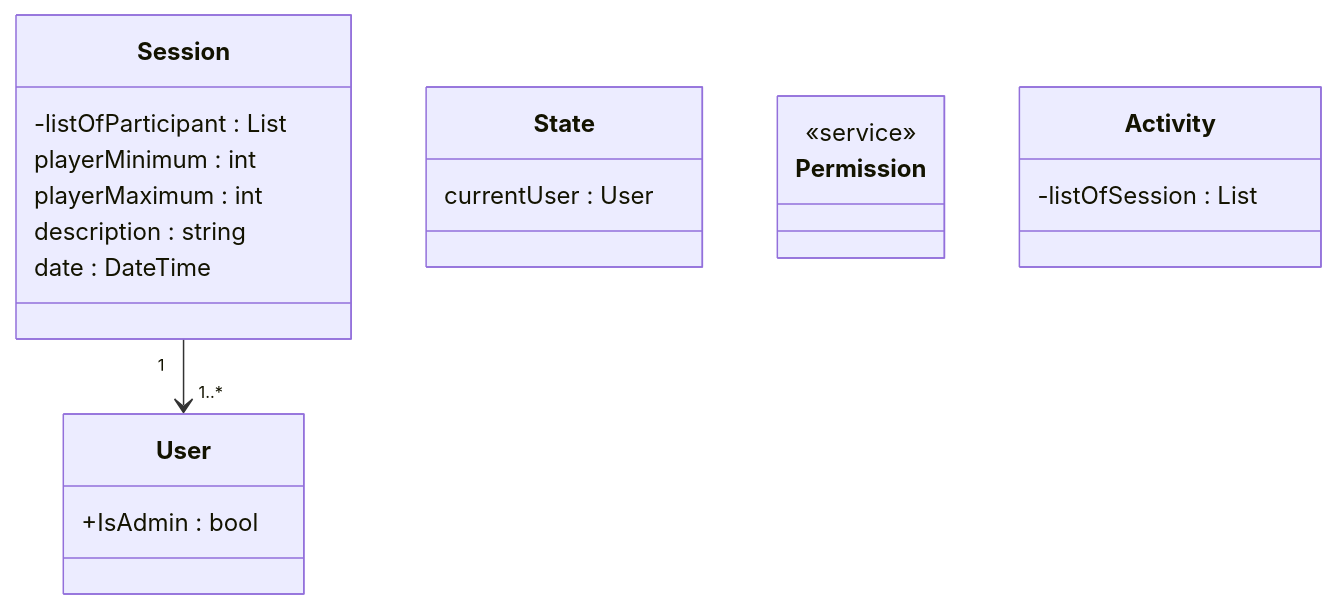
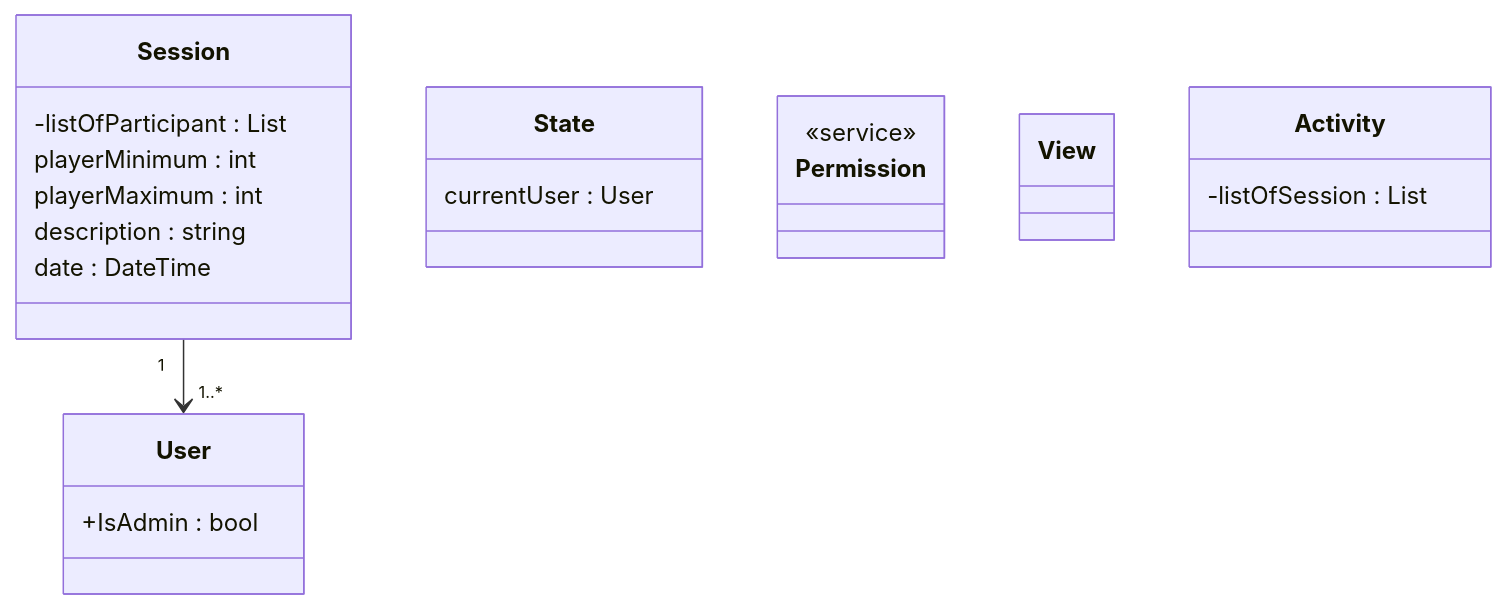
The fourth of 4 diagrams in 02 notes/Klassediagram.md (MatiasHeiberg/1.semesterprojekt), drawn with Mermaid before and after one commit. The commit also changed other lines of this file and 2 other files, not shown here.

````diff
--- a/02 notes/Klassediagram.md
+++ b/02 notes/Klassediagram.md
@@ -96,32 +129,34 @@
 ```mermaid
 classDiagram
 
 %% Class definitions
 class Session {
     -listOfParticipant : List<User>
 	playerMinimum : int 
 	playerMaximum : int
 	description : string
 	date : DateTime
 	
 }
 class User {
 	+IsAdmin : bool
 	
 }
 class State {
 	currentUser : User
 }
 %% Serviceklasse til at håndtere rettigheds kald i systemmet.
 class Permission {
 	<<service>>
 }
 
+class View
+
 class Activity {
 	-listOfSession : List<Session>
 }
 %% Class relationships
 Session "1" --> "1..*" User
 
 
 ```
````
